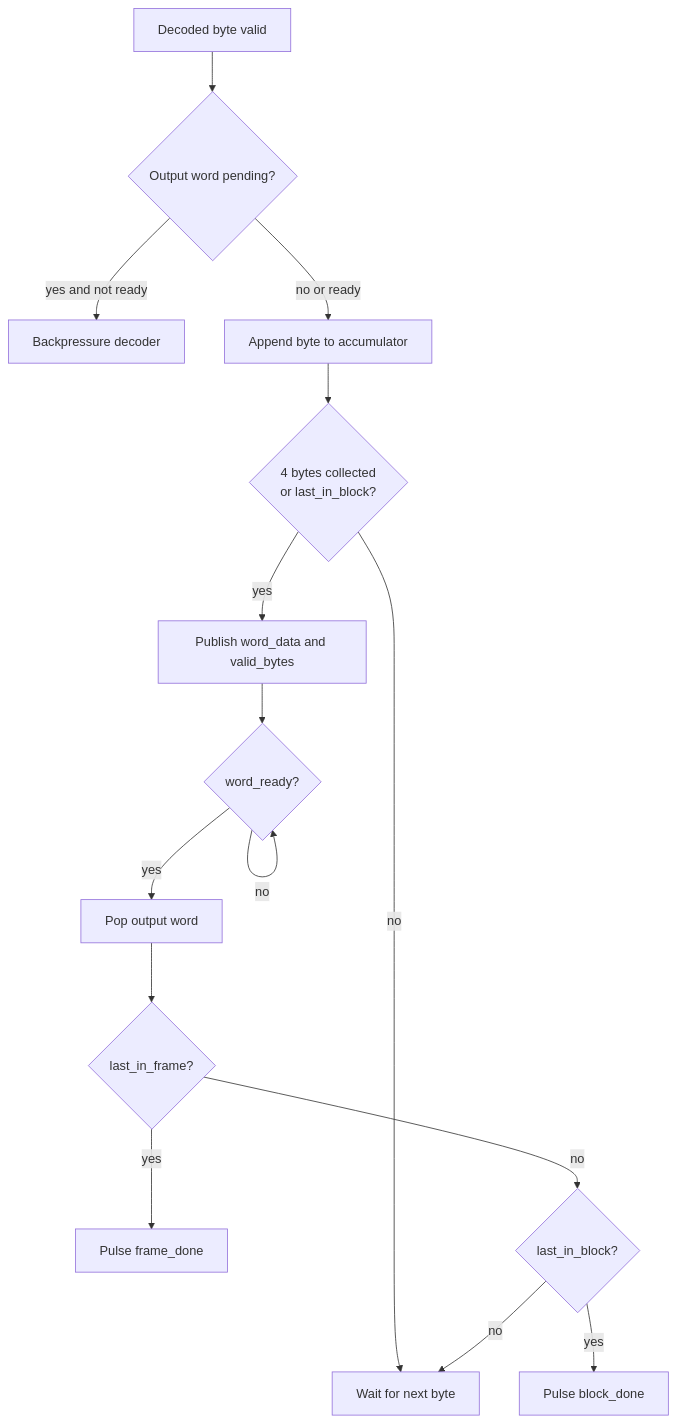
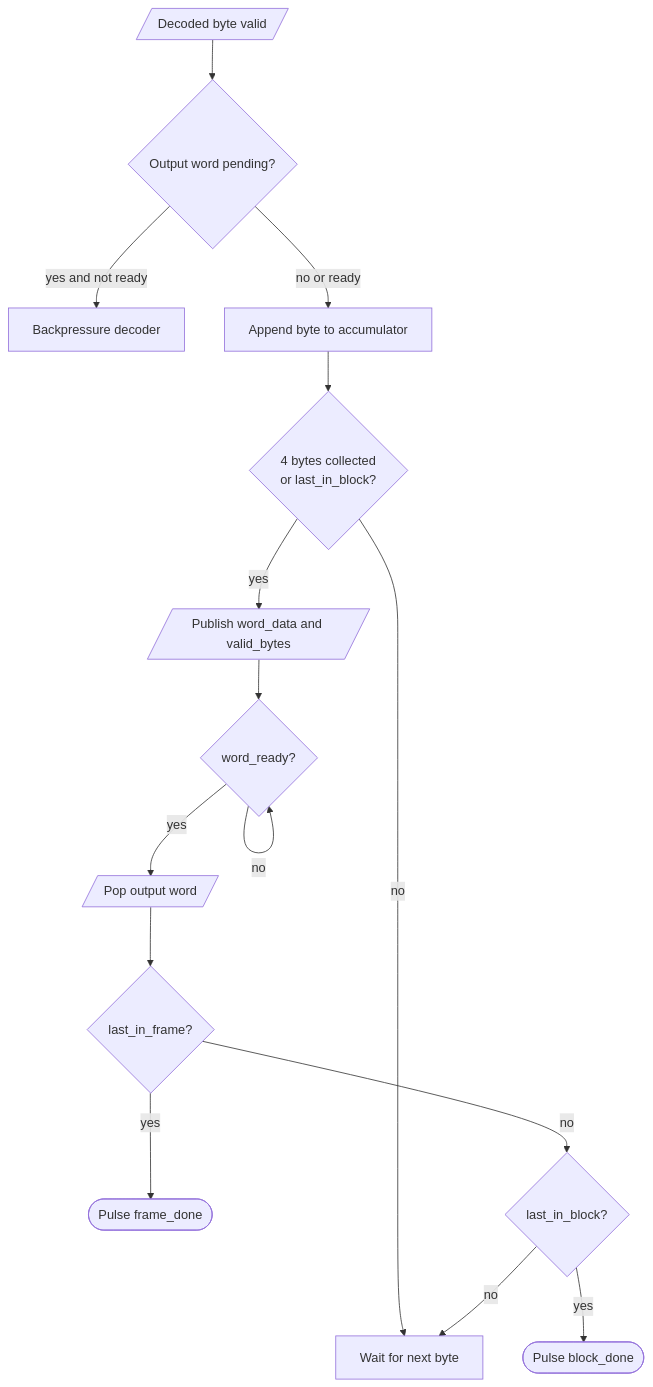
The diagram in docs/rx_byte_packer_32_spec.md (ngoquocan139/AES_huffman_all6), drawn with Mermaid before and after one commit. The commit also changed 28 other files, not shown here.

````diff
--- a/docs/rx_byte_packer_32_spec.md
+++ b/docs/rx_byte_packer_32_spec.md
@@ -21,17 +21,17 @@
 ```mermaid
 flowchart TD
-  A["Decoded byte valid"] --> B{"Output word pending?"}
+  A[/"Decoded byte valid"/] --> B{"Output word pending?"}
   B -->|"yes and not ready"| C["Backpressure decoder"]
   B -->|"no or ready"| D["Append byte to accumulator"]
   D --> E{"4 bytes collected\nor last_in_block?"}
   E -->|"no"| F["Wait for next byte"]
-  E -->|"yes"| G["Publish word_data and valid_bytes"]
+  E -->|"yes"| G[/"Publish word_data and valid_bytes"/]
   G --> H{"word_ready?"}
   H -->|"no"| H
-  H -->|"yes"| I["Pop output word"]
+  H -->|"yes"| I[/"Pop output word"/]
   I --> J{"last_in_frame?"}
-  J -->|"yes"| K["Pulse frame_done"]
+  J -->|"yes"| K(["Pulse frame_done"])
   J -->|"no"| L{"last_in_block?"}
-  L -->|"yes"| M["Pulse block_done"]
+  L -->|"yes"| M(["Pulse block_done"])
   L -->|"no"| F
 ```
````
